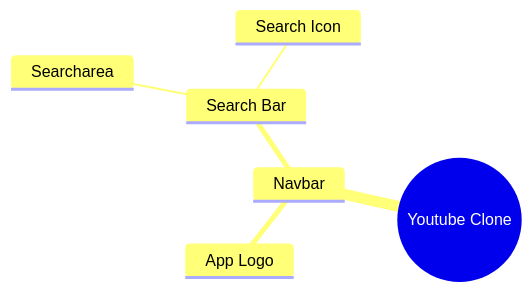
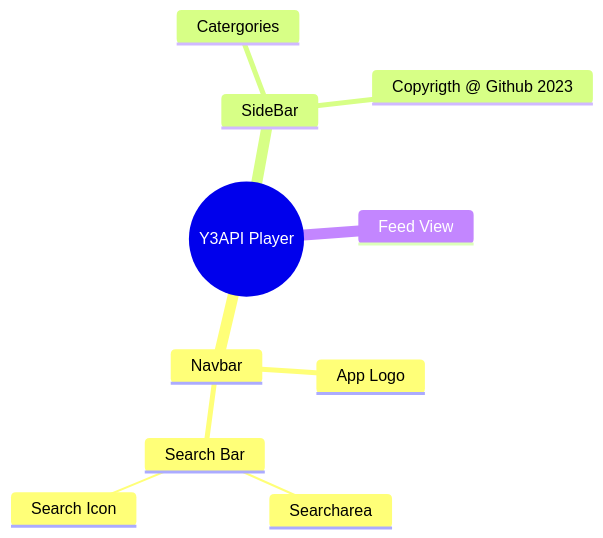
Before and after one commit to mailforwork/youtube-clone: the diagram in README.mmd, drawn with Mermaid. The commit also changed other lines of this file and 4 other files, not shown here.

```diff
--- a/README.mmd
+++ b/README.mmd
@@ -1,8 +1,12 @@
 
 mindmap
-  root((Youtube Clone))
+  root((Y3API Player))
     Navbar
      App Logo 
      Search Bar  
       Searcharea
       Search Icon
+    SideBar
+      Catergories
+      Copyrigth @ Github 2023
+    Feed View
```
